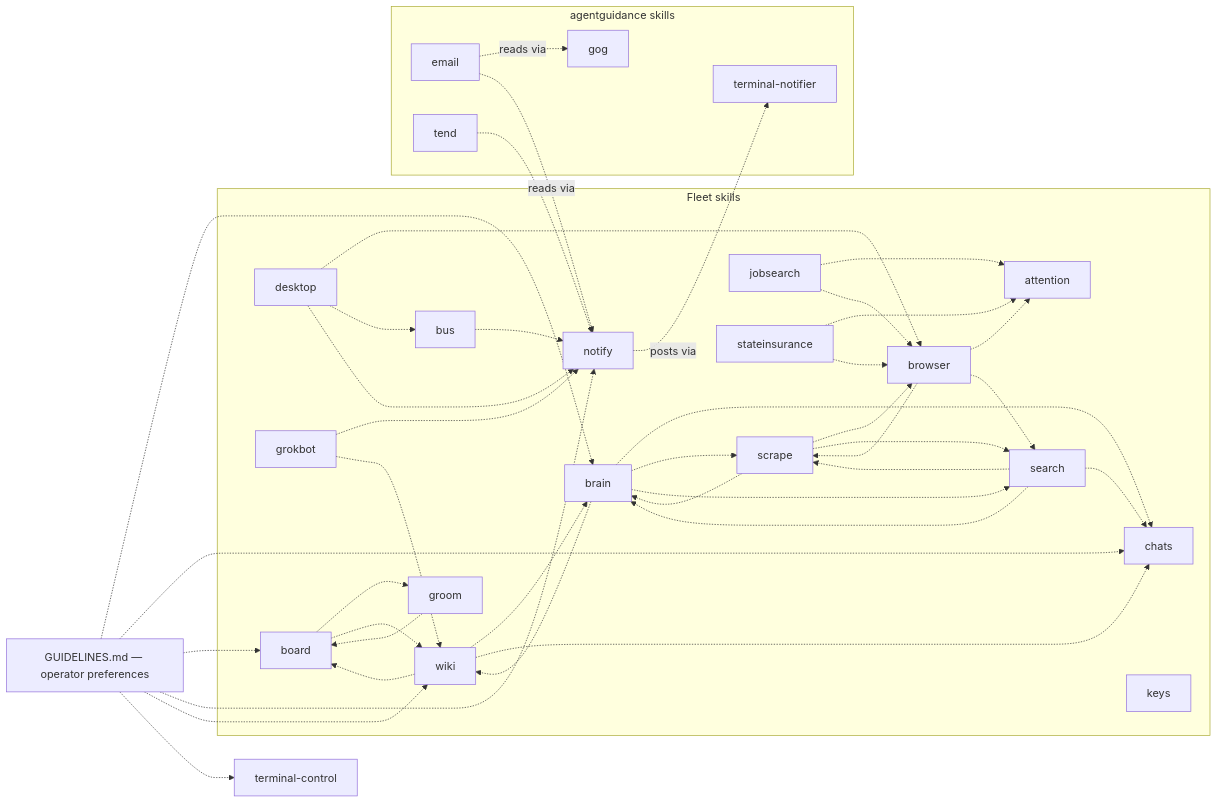
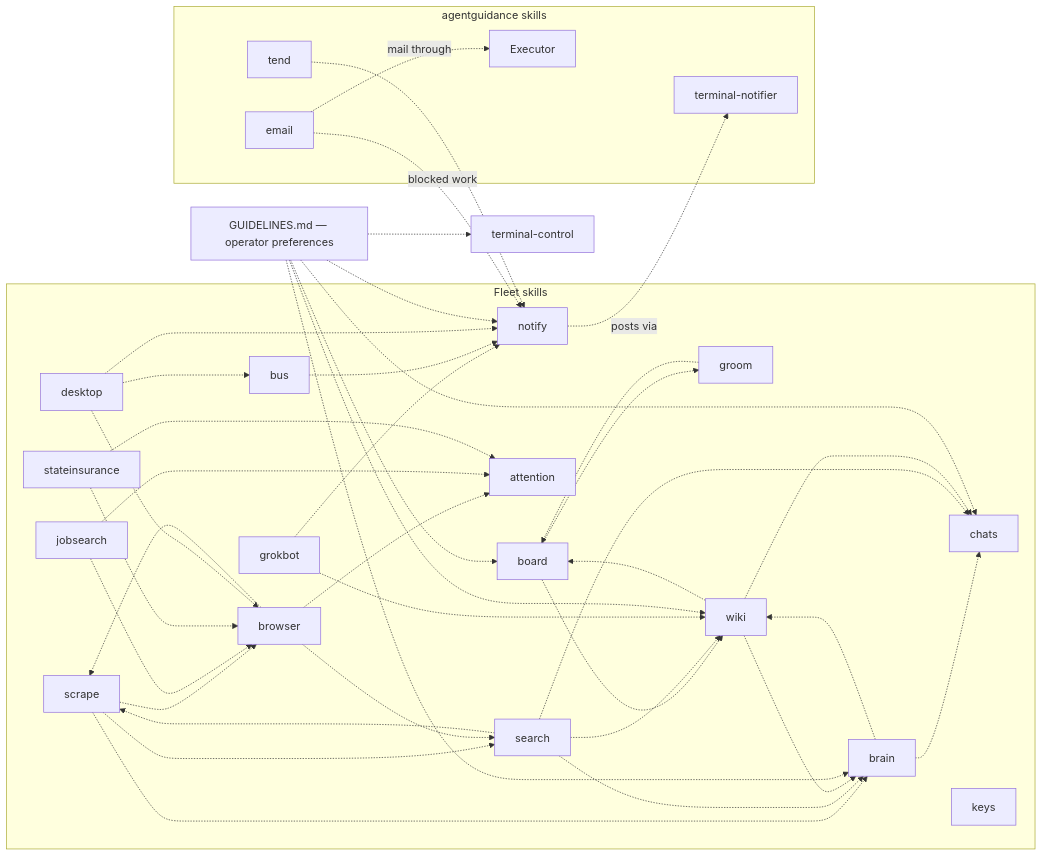
One commit to possibilities/agentstart changed the third of 3 diagrams in skills/fleet/MAP.md. Above: the diagram before and after it, drawn with Mermaid. The commit also changed other lines of this file and 6 other files, not shown here.

Commit message:
Retire Gog registration after the Executor Gmail cutover

````diff
--- a/skills/fleet/MAP.md
+++ b/skills/fleet/MAP.md
@@ -140,31 +141,32 @@
 ```mermaid
 flowchart LR
     subgraph fleetSkills [Fleet skills]
         board -.-> groom & wiki
         groom -.-> board
-        brain -.-> chats & scrape & search & wiki
+        brain -.-> chats & wiki
         scrape -.-> brain & browser & search
-        search -.-> brain & chats & scrape
+        search -.-> brain & chats & scrape & wiki
         browser -.-> attention & scrape & search
         attention
         jobsearch -.-> attention & browser
         stateinsurance -.-> attention & browser
         wiki -.-> board & brain & chats
         desktop -.-> browser & bus
         grokbot -.-> notify & wiki
         chats
         keys
         bus
     end
 
     subgraph guidanceSkills [agentguidance skills]
         notify -.->|posts via| notifierCli[terminal-notifier]
-        email -.->|reads via| gogCli[gog] & notify
+        email -.->|mail through| executor[Executor]
+        email -.->|blocked work| notify
         tend[tend] -.-> notify
     end
 
     bus -.-> notify
     desktop -.-> notify
 
     guidelines[GUIDELINES.md — operator preferences] -.-> brain & chats & board & notify & wiki & terminalControl[terminal-control]
 ```
````
